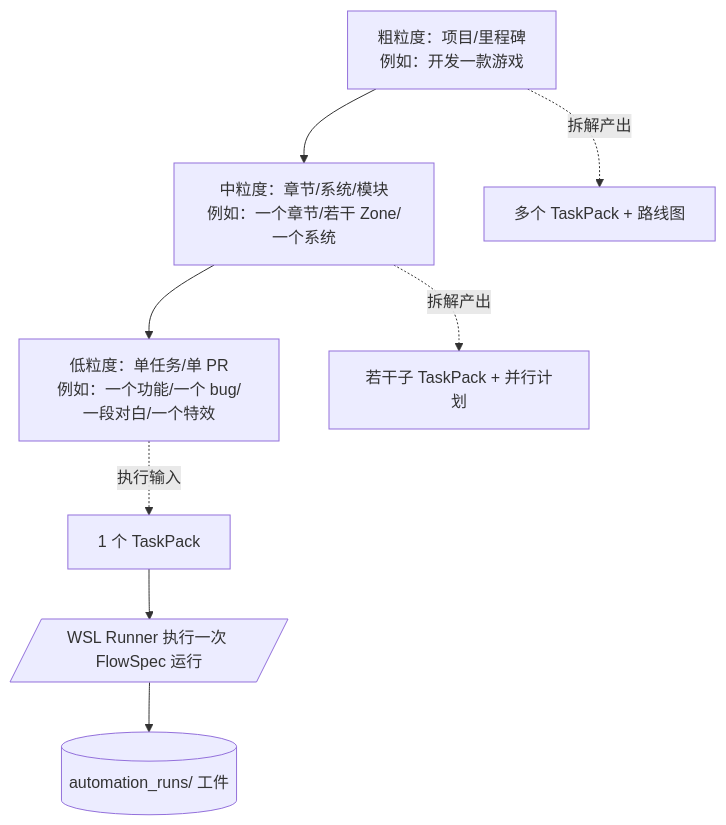
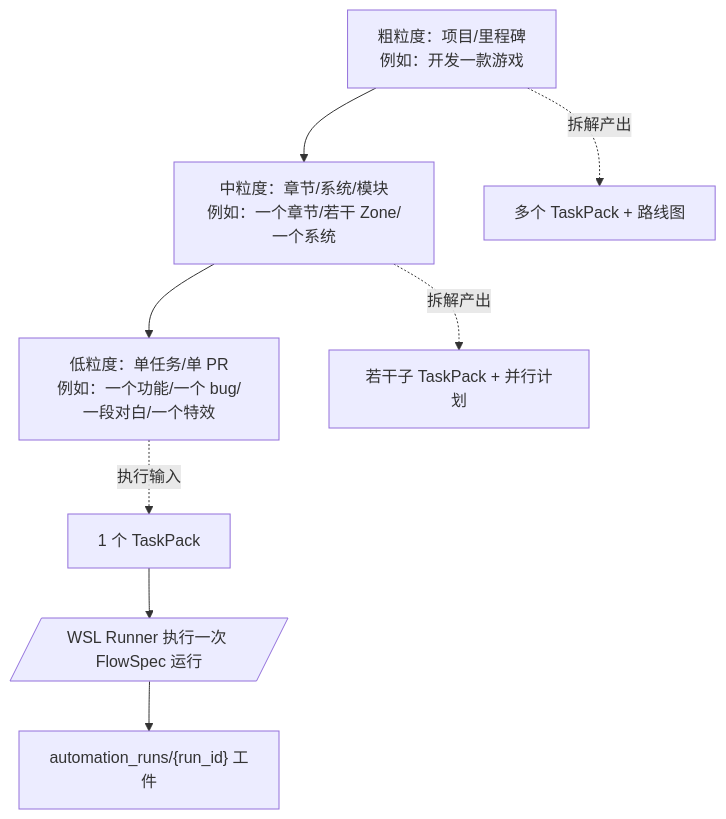
One commit to angelash/Footnote changed the second of 6 diagrams in workflows/reusable/pipeline-sys/WORKFLOW-OVERVIEW.md. Above: the diagram before and after it, drawn with Mermaid. The commit also changed other lines of this file and 1 other file, not shown here.

Commit message:
docs(pipeline-sys): refine mermaid flowcharts in README and WORKFLOW-OVERVIEW for improved clarity and consistency

````diff
--- a/workflows/reusable/pipeline-sys/WORKFLOW-OVERVIEW.md
+++ b/workflows/reusable/pipeline-sys/WORKFLOW-OVERVIEW.md
@@ -71,12 +71,12 @@
 ```mermaid
 flowchart TB
     G0[粗粒度：项目/里程碑<br/>例如：开发一款游戏] --> G1[中粒度：章节/系统/模块<br/>例如：一个章节/若干 Zone/一个系统]
     G1 --> G2[低粒度：单任务/单 PR<br/>例如：一个功能/一个 bug/一段对白/一个特效]
 
     G0 -.拆解产出.-> TP0[多个 TaskPack + 路线图]
     G1 -.拆解产出.-> TP1[若干子 TaskPack + 并行计划]
     G2 -.执行输入.-> TP2[1 个 TaskPack]
 
     TP2 --> RUN[/WSL Runner 执行一次 FlowSpec 运行/]
-    RUN --> ART[(automation_runs/<run_id> 工件)]
+    RUN --> ART["automation_runs/{run_id} 工件"]
 ```
````
